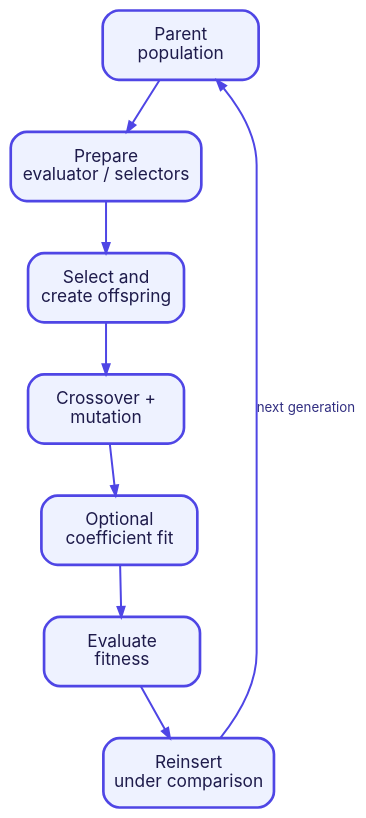
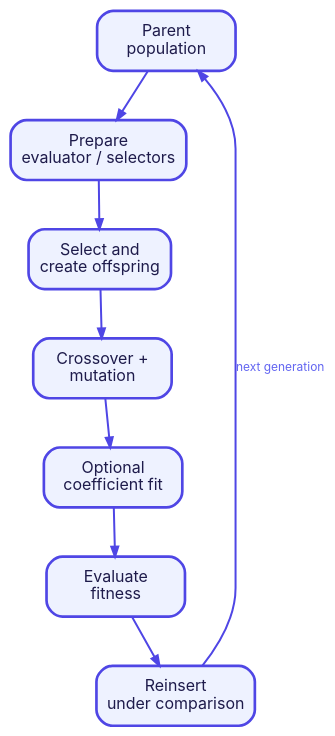
Before and after one commit to heal-research/operon: the diagram in docs/mkdocs/diagrams/search-optimization.dot, drawn with Graphviz. The commit also changed 6 other files, not shown here.

Commit message:
Improve diagram label contrast

```diff
--- a/docs/mkdocs/diagrams/search-optimization.dot
+++ b/docs/mkdocs/diagrams/search-optimization.dot
@@ -1,21 +1,21 @@
 digraph search_optimization {
-  graph [rankdir=TB, bgcolor="transparent", nodesep=0.38, ranksep=0.52, pad=0.12];
-  node [shape=box, style="rounded,filled", fillcolor="#EEF2FF", color="#4F46E5", penwidth=2, fontname="Inter", fontsize=13, fontcolor="#1E1B4B", width=1.62, height=0.72];
-  edge [color="#4F46E5", penwidth=1.5, arrowsize=0.75, fontname="Inter", fontsize=10, fontcolor="#312E81"];
+  graph [rankdir=TB, bgcolor="transparent", nodesep=0.34, ranksep=0.48, pad=0.1];
+  node [shape=box, style="rounded,filled", fillcolor="#EEF2FF", color="#4F46E5", penwidth=2, fontname="Inter", fontsize=12, fontcolor="#1E1B4B", width=1.45, height=0.62];
+  edge [color="#4F46E5", penwidth=1.5, arrowsize=0.75, fontname="Inter", fontsize=9, fontcolor="#6366F1"];
 
   parents [label="Parent\npopulation"];
   prepare [label="Prepare\nevaluator / selectors"];
   select [label="Select and\ncreate offspring"];
   vary [label="Crossover +\nmutation"];
   fit [label="Optional\ncoefficient fit"];
   score [label="Evaluate\nfitness"];
   reinsert [label="Reinsert\nunder comparison"];
 
   parents -> prepare;
   prepare -> select;
   select -> vary;
   vary -> fit;
   fit -> score;
   score -> reinsert;
   reinsert -> parents [label="next generation"];
 }
```
